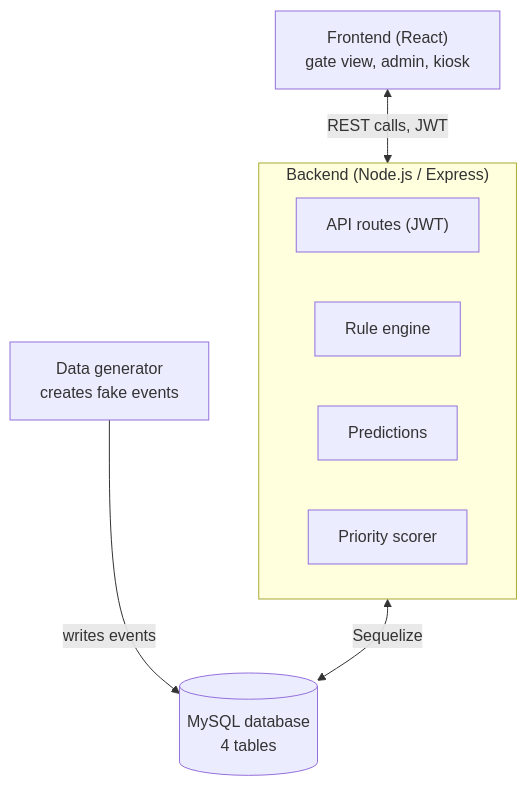
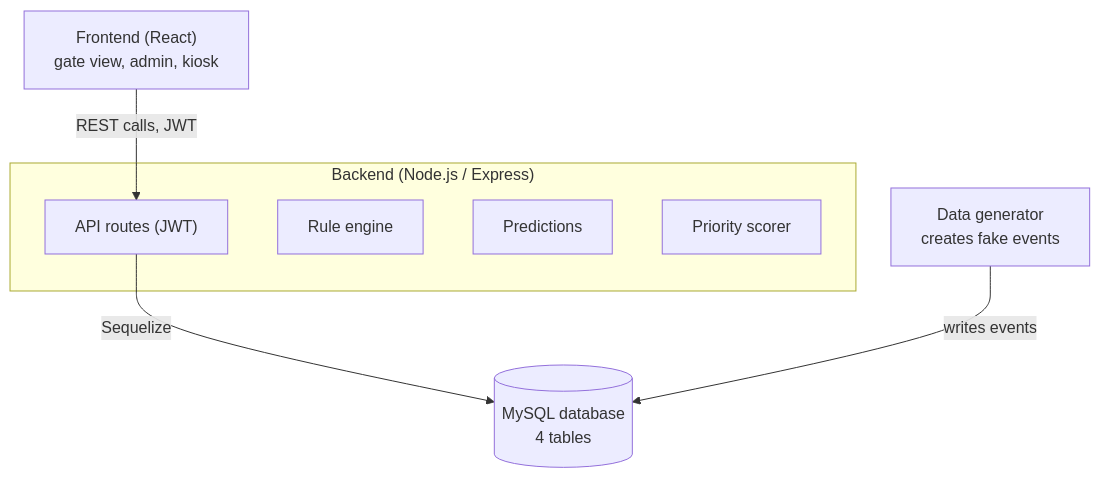
One commit to SharonZhu0122/campus-parking-system changed the first of 4 diagrams in docs/diagrams.md. Above: the diagram before and after it, drawn with Mermaid.

Commit message:
Simplify architecture diagram mermaid syntax for wider compatibility

````diff
--- a/docs/diagrams.md
+++ b/docs/diagrams.md
@@ -7,15 +7,15 @@
 ```mermaid
 flowchart TD
     FE["Frontend (React)<br/>gate view, admin, kiosk"]
-    FE <-->|"REST calls, JWT"| BE
+    FE -->|"REST calls, JWT"| API
 
     subgraph BE["Backend (Node.js / Express)"]
         API["API routes (JWT)"]
         RE["Rule engine"]
         PR["Predictions"]
         PS["Priority scorer"]
     end
 
-    BE <-->|Sequelize| DB[("MySQL database<br/>4 tables")]
+    API -->|Sequelize| DB[("MySQL database<br/>4 tables")]
     DG["Data generator<br/>creates fake events"] -->|writes events| DB
 ```
````
